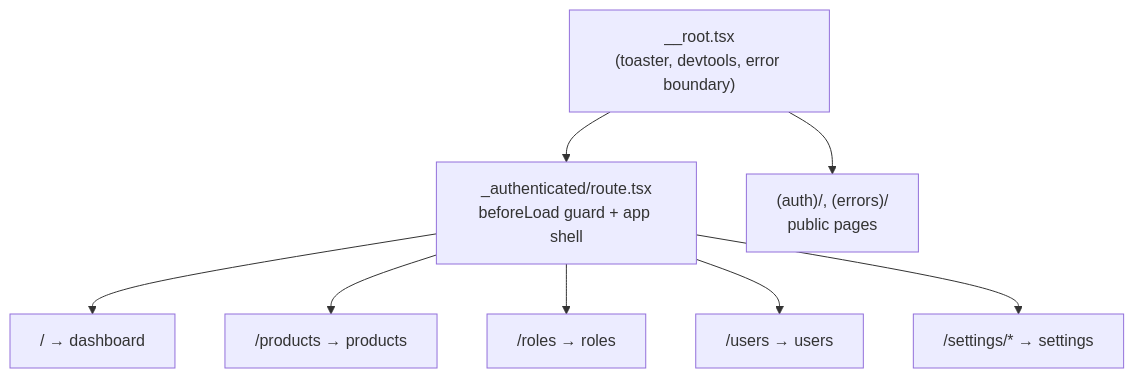
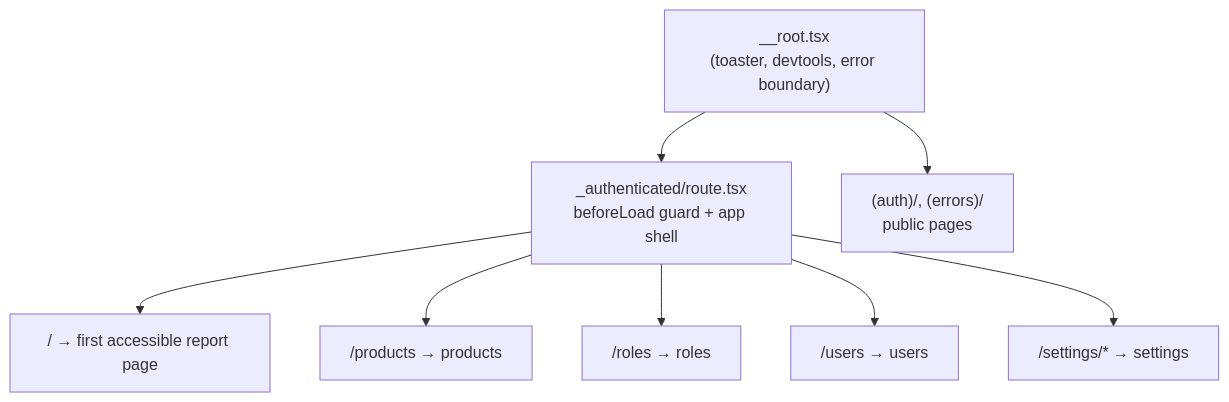
Before and after one commit to TGCTZ/TGC-SERVICE-FRONTEND: the second of 4 diagrams in docs/architecture.md, drawn with Mermaid. The commit also changed other lines of this file and 19 other files, not shown here.

````diff
--- a/docs/architecture.md
+++ b/docs/architecture.md
@@ -300,14 +299,14 @@
 ```mermaid
 flowchart TD
     root["__root.tsx<br/>(toaster, devtools, error boundary)"]
     auth["_authenticated/route.tsx<br/>beforeLoad guard + app shell"]
     pub["(auth)/, (errors)/<br/>public pages"]
 
     root --> auth
     root --> pub
-    auth --> dash["/ → dashboard"]
+    auth --> reports["/ → first accessible report page"]
     auth --> products["/products → products"]
     auth --> roles["/roles → roles"]
     auth --> users["/users → users"]
     auth --> settings["/settings/* → settings"]
 ```
````
